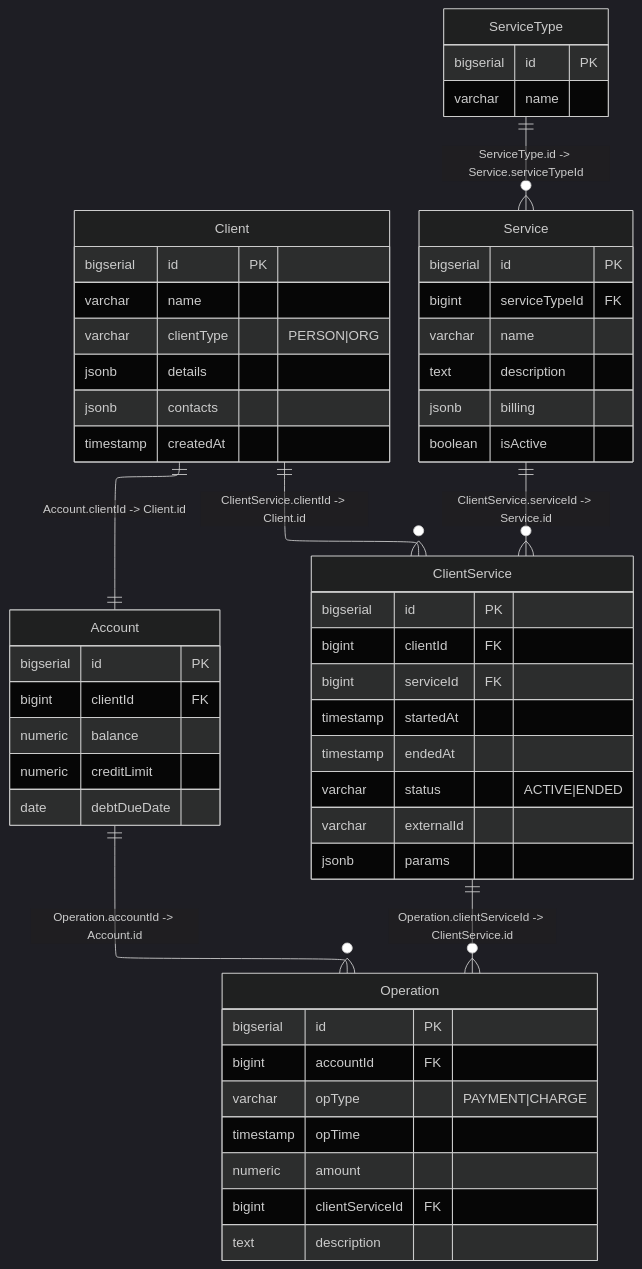
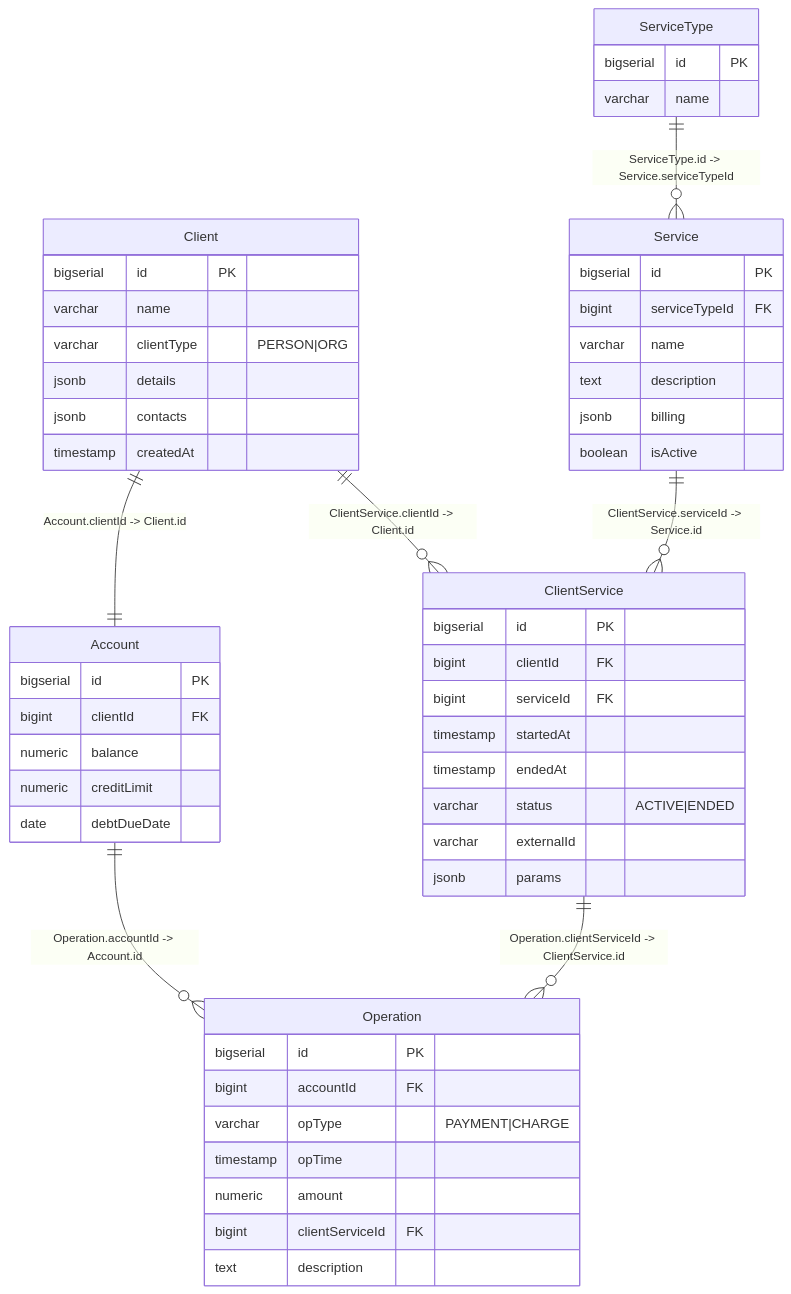
Before and after one commit to XKusya/webprak: the diagram in docs/database.md, drawn with Mermaid. The commit also changed 2 other files, not shown here.

Commit message:
add site-struct.md and update diagrams

````diff
--- a/docs/database.md
+++ b/docs/database.md
@@ -3,66 +3,61 @@
 ```mermaid
----
-config: 
-    theme: dark
-    layout: elk
----
 erDiagram
     Client {
         bigserial id PK
         varchar name
         varchar clientType "PERSON|ORG"
         jsonb details
         jsonb contacts
         timestamp createdAt
     }
 
     Account {
         bigserial id PK
         bigint clientId FK
         numeric balance
         numeric creditLimit
         date debtDueDate
     }
 
     ServiceType {
         bigserial id PK
         varchar name
     }
 
     Service {
         bigserial id PK
         bigint serviceTypeId FK
         varchar name
         text description
         jsonb billing
         boolean isActive
     }
 
     ClientService {
         bigserial id PK
         bigint clientId FK
         bigint serviceId FK
         timestamp startedAt
         timestamp endedAt
         varchar status "ACTIVE|ENDED"
         varchar externalId
         jsonb params
     }
 
     Operation {
         bigserial id PK
         bigint accountId FK
         varchar opType "PAYMENT|CHARGE"
         timestamp opTime
         numeric amount
         bigint clientServiceId FK
         text description
     }
-        
-    Client ||--|| Account : "Account.clientId -> Client.id"
-    ServiceType ||--o{ Service : "ServiceType.id -> Service.serviceTypeId"
-    Client ||--o{ ClientService : "ClientService.clientId -> Client.id"
-    Service ||--o{ ClientService : "ClientService.serviceId -> Service.id"
-    Account ||--o{ Operation : "Operation.accountId -> Account.id"
-    ClientService ||--o{ Operation : "Operation.clientServiceId -> ClientService.id"
+
+    Client ||--|| Account: "Account.clientId -> Client.id"
+    ServiceType ||--o{ Service: "ServiceType.id -> Service.serviceTypeId"
+    Client ||--o{ ClientService: "ClientService.clientId -> Client.id"
+    Service ||--o{ ClientService: "ClientService.serviceId -> Service.id"
+    Account ||--o{ Operation: "Operation.accountId -> Account.id"
+    ClientService ||--o{ Operation: "Operation.clientServiceId -> ClientService.id"
 ```
````
